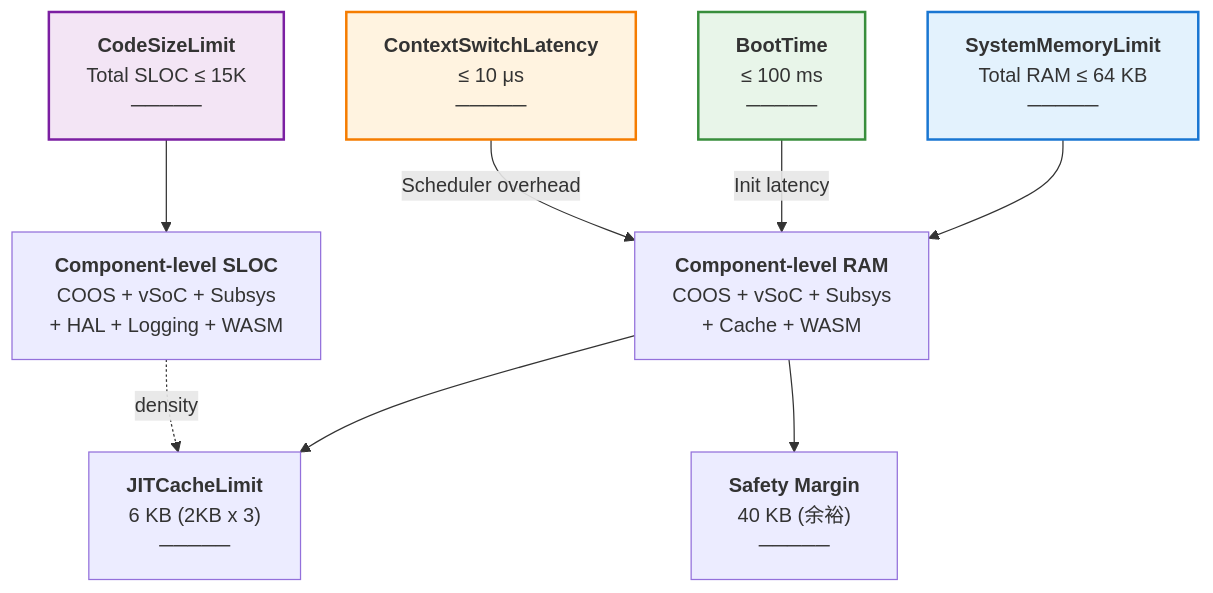
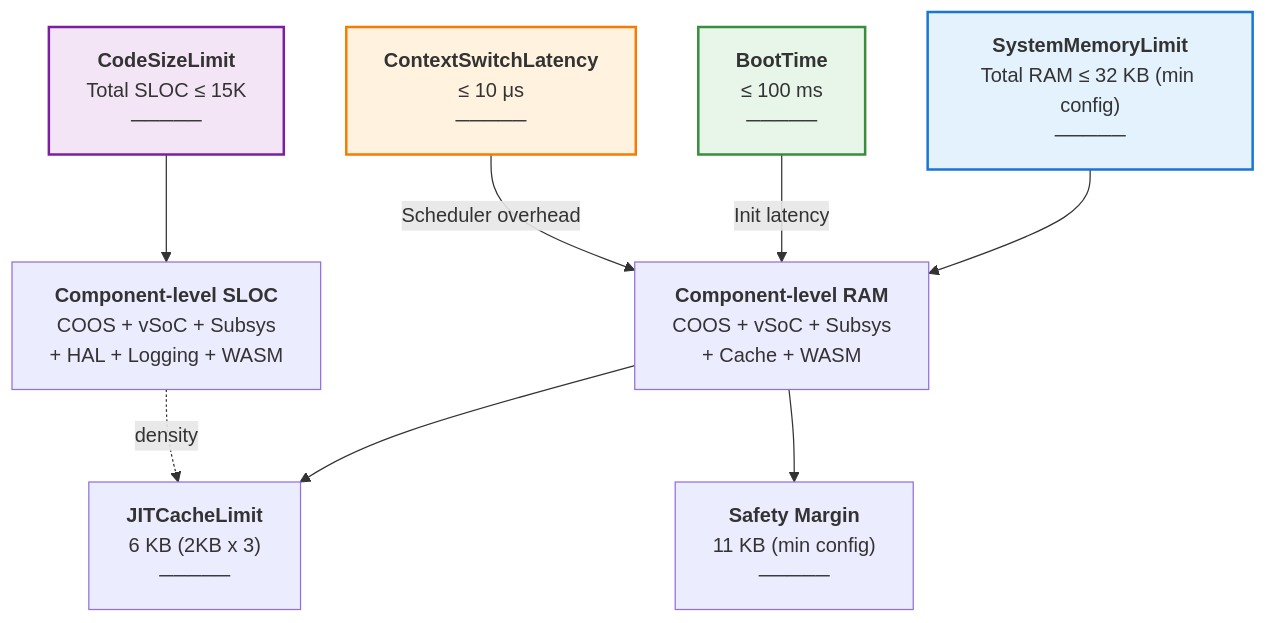
Before and after one commit to kmt-t/fireball: the diagram in docs/architecture/resource_budget.md, drawn with Mermaid. The commit also changed other lines of this file and 24 other files, not shown here.

````diff
--- a/docs/architecture/resource_budget.md
+++ b/docs/architecture/resource_budget.md
@@ -52,29 +67,29 @@
 ```mermaid
 graph TD
-    SystemRAM["<b>SystemMemoryLimit</b><br/>Total RAM ≤ 64 KB<br/>─────"]
+    SystemRAM["<b>SystemMemoryLimit</b><br/>Total RAM ≤ 32 KB (min config)<br/>─────"]
     ComponentRAM["<b>Component-level RAM</b><br/>COOS + vSoC + Subsys<br/>+ Cache + WASM"]
     JITCL["<b>JITCacheLimit</b><br/>6 KB (2KB x 3)<br/>─────"]
     
     CodeSizeL["<b>CodeSizeLimit</b><br/>Total SLOC ≤ 15K<br/>─────"]
     ComponentSLOC["<b>Component-level SLOC</b><br/>COOS + vSoC + Subsys<br/>+ HAL + Logging + WASM"]
     
     BootTimeL["<b>BootTime</b><br/>≤ 100 ms<br/>─────"]
     CtxSwitchL["<b>ContextSwitchLatency</b><br/>≤ 10 μs<br/>─────"]
     
-    SafetyMargin["<b>Safety Margin</b><br/>40 KB (余裕)<br/>─────"]
+    SafetyMargin["<b>Safety Margin</b><br/>11 KB (min config)<br/>─────"]
     
     SystemRAM --> ComponentRAM
     ComponentRAM --> JITCL
     ComponentRAM --> SafetyMargin
     
     CodeSizeL --> ComponentSLOC
     ComponentSLOC -.->|density| JITCL
     
     BootTimeL --> |"Init latency"| ComponentRAM
     CtxSwitchL --> |"Scheduler overhead"| ComponentRAM
     
     style SystemRAM fill:#e3f2fd,stroke:#1976d2,stroke-width:2px
     style CodeSizeL fill:#f3e5f5,stroke:#7b1fa2,stroke-width:2px
     style BootTimeL fill:#e8f5e9,stroke:#388e3c,stroke-width:2px
     style CtxSwitchL fill:#fff3e0,stroke:#f57c00,stroke-width:2px
 ```
````
